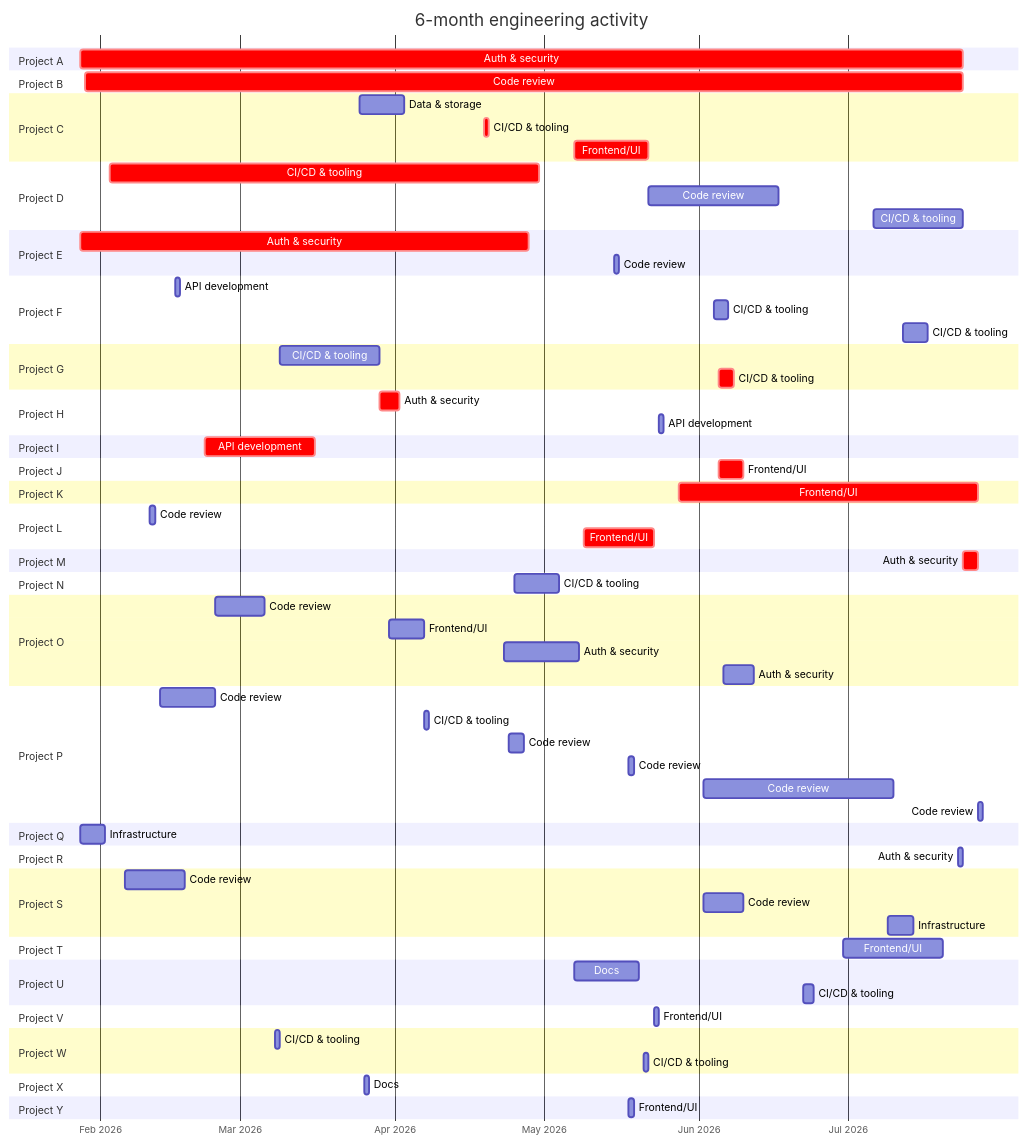
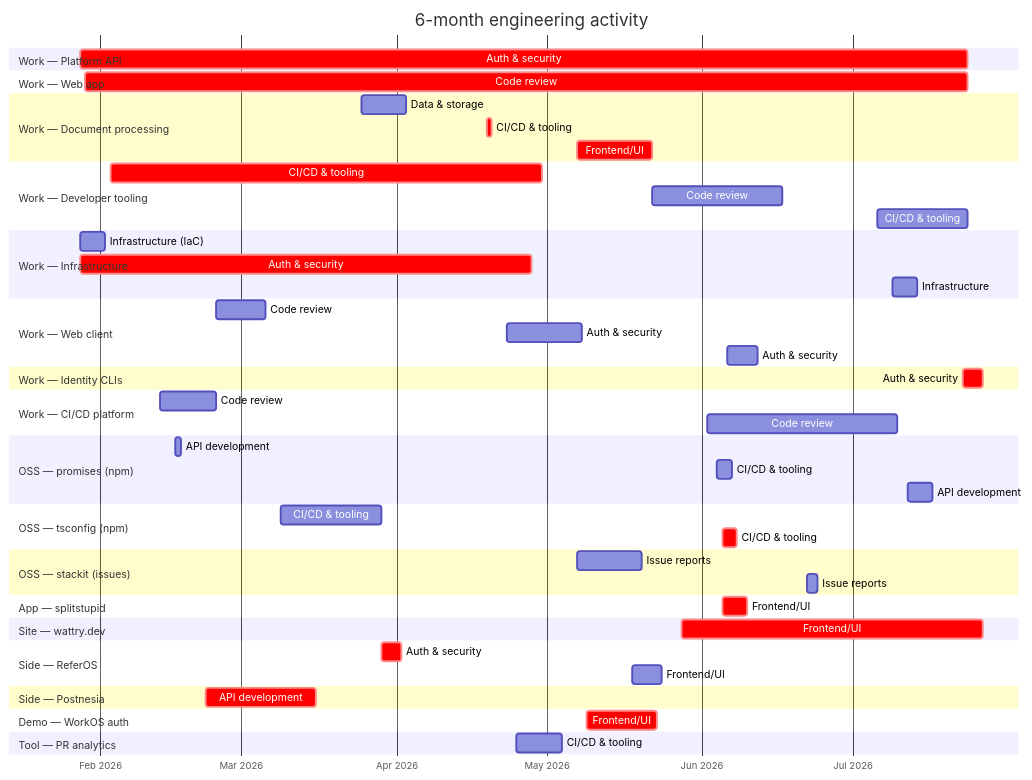
Before and after one commit to wattry/wattry.dev: the diagram in src/work/2026-07-27-public-gantt.mmd, drawn with Mermaid. The commit also changed 3 other files, not shown here.

Commit message:
feat: two-tier gantt naming, real names for personal repos

```diff
--- a/src/work/2026-07-27-public-gantt.mmd
+++ b/src/work/2026-07-27-public-gantt.mmd
@@ -1,101 +1,69 @@
 gantt
     title 6-month engineering activity
     dateFormat YYYY-MM-DD
     axisFormat %b %Y
 
-    section Project A
+    section Work — Platform API
     Auth & security            :crit, a1, 2026-01-28, 2026-07-24
 
-    section Project B
+    section Work — Web app
     Code review                :crit, b1, 2026-01-29, 2026-07-24
 
-    section Project C
+    section Work — Document processing
     Data & storage             :c1, 2026-03-25, 2026-04-03
     CI/CD & tooling            :crit, c2, 2026-04-19, 2026-04-20
     Frontend/UI                :crit, c3, 2026-05-07, 2026-05-22
 
-    section Project D
+    section Work — Developer tooling
     CI/CD & tooling            :crit, d1, 2026-02-03, 2026-04-30
     Code review                :d2, 2026-05-22, 2026-06-17
     CI/CD & tooling            :d3, 2026-07-06, 2026-07-24
 
-    section Project E
-    Auth & security            :crit, e1, 2026-01-28, 2026-04-28
-    Code review                :e2, 2026-05-15, 1d
+    section Work — Infrastructure
+    Infrastructure (IaC)       :e1, 2026-01-28, 2026-02-02
+    Auth & security            :crit, e2, 2026-01-28, 2026-04-28
+    Infrastructure             :e3, 2026-07-09, 2026-07-14
 
-    section Project F
-    API development            :f1, 2026-02-16, 2026-02-17
-    CI/CD & tooling            :f2, 2026-06-04, 2026-06-07
-    CI/CD & tooling            :f3, 2026-07-12, 2026-07-17
+    section Work — Web client
+    Code review                :f1, 2026-02-24, 2026-03-06
+    Auth & security            :f2, 2026-04-23, 2026-05-08
+    Auth & security            :f3, 2026-06-06, 2026-06-12
 
-    section Project G
-    CI/CD & tooling            :g1, 2026-03-09, 2026-03-29
-    CI/CD & tooling            :crit, g2, 2026-06-05, 2026-06-08
+    section Work — Identity CLIs
+    Auth & security            :crit, g1, 2026-07-23, 2026-07-27
 
-    section Project H
-    Auth & security            :crit, h1, 2026-03-29, 2026-04-02
-    API development            :h2, 2026-05-24, 1d
+    section Work — CI/CD platform
+    Code review                :h1, 2026-02-13, 2026-02-24
+    Code review                :h2, 2026-06-02, 2026-07-10
 
-    section Project I
-    API development            :crit, i1, 2026-02-22, 2026-03-16
+    section OSS — promises (npm)
+    API development            :i1, 2026-02-16, 2026-02-17
+    CI/CD & tooling            :i2, 2026-06-04, 2026-06-07
+    API development            :i3, 2026-07-12, 2026-07-17
 
-    section Project J
-    Frontend/UI                :crit, j1, 2026-06-05, 2026-06-10
+    section OSS — tsconfig (npm)
+    CI/CD & tooling            :j1, 2026-03-09, 2026-03-29
+    CI/CD & tooling            :crit, j2, 2026-06-05, 2026-06-08
 
-    section Project K
-    Frontend/UI                :crit, k1, 2026-05-28, 2026-07-27
+    section OSS — stackit (issues)
+    Issue reports              :k1, 2026-05-07, 2026-05-20
+    Issue reports              :k2, 2026-06-22, 2026-06-24
 
-    section Project L
-    Code review                :l1, 2026-02-11, 1d
-    Frontend/UI                :crit, l2, 2026-05-09, 2026-05-23
+    section App — splitstupid
+    Frontend/UI                :crit, l1, 2026-06-05, 2026-06-10
 
-    section Project M
-    Auth & security            :crit, m1, 2026-07-24, 2026-07-27
+    section Site — wattry.dev
+    Frontend/UI                :crit, m1, 2026-05-28, 2026-07-27
 
-    section Project N
-    CI/CD & tooling            :n1, 2026-04-25, 2026-05-04
+    section Side — ReferOS
+    Auth & security            :crit, n1, 2026-03-29, 2026-04-02
+    Frontend/UI                :n2, 2026-05-18, 2026-05-24
 
-    section Project O
-    Code review                :o1, 2026-02-24, 2026-03-06
-    Frontend/UI                :o2, 2026-03-31, 2026-04-07
-    Auth & security            :o3, 2026-04-23, 2026-05-08
-    Auth & security            :o4, 2026-06-06, 2026-06-12
+    section Side — Postnesia
+    API development            :crit, o1, 2026-02-22, 2026-03-16
 
-    section Project P
-    Code review                :p1, 2026-02-13, 2026-02-24
-    CI/CD & tooling            :p2, 2026-04-07, 1d
-    Code review                :p3, 2026-04-24, 2026-04-27
-    Code review                :p4, 2026-05-18, 1d
-    Code review                :p5, 2026-06-02, 2026-07-10
-    Code review                :p6, 2026-07-27, 1d
+    section Demo — WorkOS auth
+    Frontend/UI                :crit, p1, 2026-05-09, 2026-05-23
 
-    section Project Q
-    Infrastructure             :q1, 2026-01-28, 2026-02-02
-
-    section Project R
-    Auth & security            :r1, 2026-07-23, 2026-07-24
-
-    section Project S
-    Code review                :s1, 2026-02-06, 2026-02-18
-    Code review                :s2, 2026-06-02, 2026-06-10
-    Infrastructure             :s3, 2026-07-09, 2026-07-14
-
-    section Project T
-    Frontend/UI                :t1, 2026-06-30, 2026-07-20
-
-    section Project U
-    Docs                       :u1, 2026-05-07, 2026-05-20
-    CI/CD & tooling            :u2, 2026-06-22, 2026-06-24
-
-    section Project V
-    Frontend/UI                :v1, 2026-05-23, 1d
-
-    section Project W
-    CI/CD & tooling            :w1, 2026-03-08, 1d
-    CI/CD & tooling            :w2, 2026-05-21, 1d
-
-    section Project X
-    Docs                       :x1, 2026-03-26, 1d
-
-    section Project Y
-    Frontend/UI                :y1, 2026-05-18, 1d
+    section Tool — PR analytics
+    CI/CD & tooling            :q1, 2026-04-25, 2026-05-04
```
